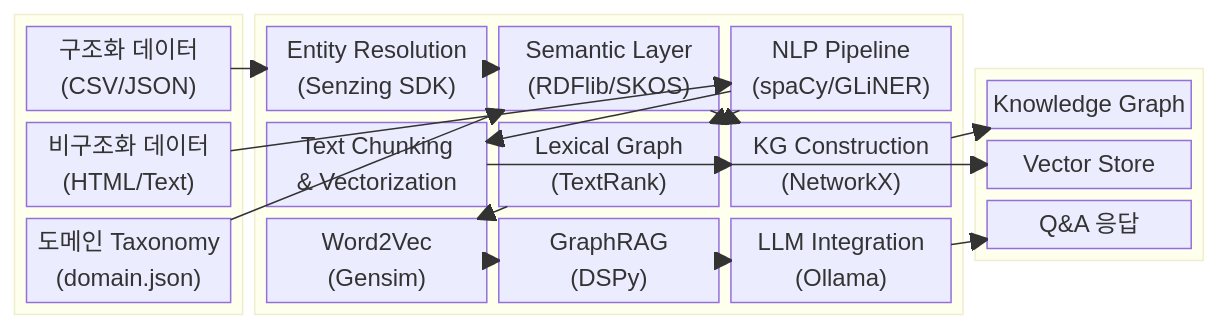
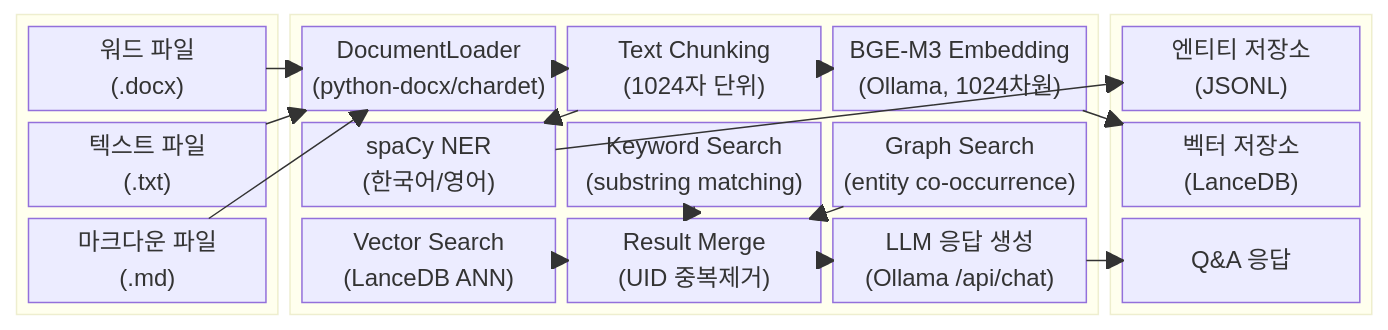
The first of 10 diagrams in docs/02_block_and_sequence_diagrams.md (laurus-kpa007/GraphRAG-Senzing), drawn with Mermaid before and after one commit. The commit also changed other lines of this file and 4 other files, not shown here.

````diff
--- a/docs/02_block_and_sequence_diagrams.md
+++ b/docs/02_block_and_sequence_diagrams.md
@@ -10,46 +10,45 @@
 ```mermaid
 block-beta
     columns 5
 
     block:INPUT:1
         columns 1
-        A["구조화 데이터\n(CSV/JSON)"]
-        B["비구조화 데이터\n(HTML/Text)"]
-        C["도메인 Taxonomy\n(domain.json)"]
+        A["워드 파일\n(.docx)"]
+        B["텍스트 파일\n(.txt)"]
+        C["마크다운 파일\n(.md)"]
     end
 
     block:PROCESSING:3
         columns 3
-        D["Entity Resolution\n(Senzing SDK)"]
-        E["Semantic Layer\n(RDFlib/SKOS)"]
-        F["NLP Pipeline\n(spaCy/GLiNER)"]
-        G["Text Chunking\n& Vectorization"]
-        H["Lexical Graph\n(TextRank)"]
-        I["KG Construction\n(NetworkX)"]
-        J["Word2Vec\n(Gensim)"]
-        K["GraphRAG\n(DSPy)"]
-        L["LLM Integration\n(Ollama)"]
+        D["DocumentLoader\n(python-docx/chardet)"]
+        E["Text Chunking\n(1024자 단위)"]
+        F["BGE-M3 Embedding\n(Ollama, 1024차원)"]
+        G["spaCy NER\n(한국어/영어)"]
+        H["Keyword Search\n(substring matching)"]
+        I["Graph Search\n(entity co-occurrence)"]
+        J["Vector Search\n(LanceDB ANN)"]
+        K["Result Merge\n(UID 중복제거)"]
+        L["LLM 응답 생성\n(Ollama /api/chat)"]
     end
 
     block:OUTPUT:1
         columns 1
-        M["Knowledge Graph"]
-        N["Vector Store"]
+        M["엔티티 저장소\n(JSONL)"]
+        N["벡터 저장소\n(LanceDB)"]
         O["Q&A 응답"]
     end
 
     A --> D
-    B --> F
-    C --> E
+    B --> D
+    C --> D
     D --> E
-    E --> I
-    F --> G
-    F --> H
-    G --> N
-    H --> I
-    H --> J
-    I --> M
+    E --> F
+    E --> G
+    F --> N
+    G --> M
     J --> K
+    H --> K
+    I --> K
     K --> L
     L --> O
 ```
````
